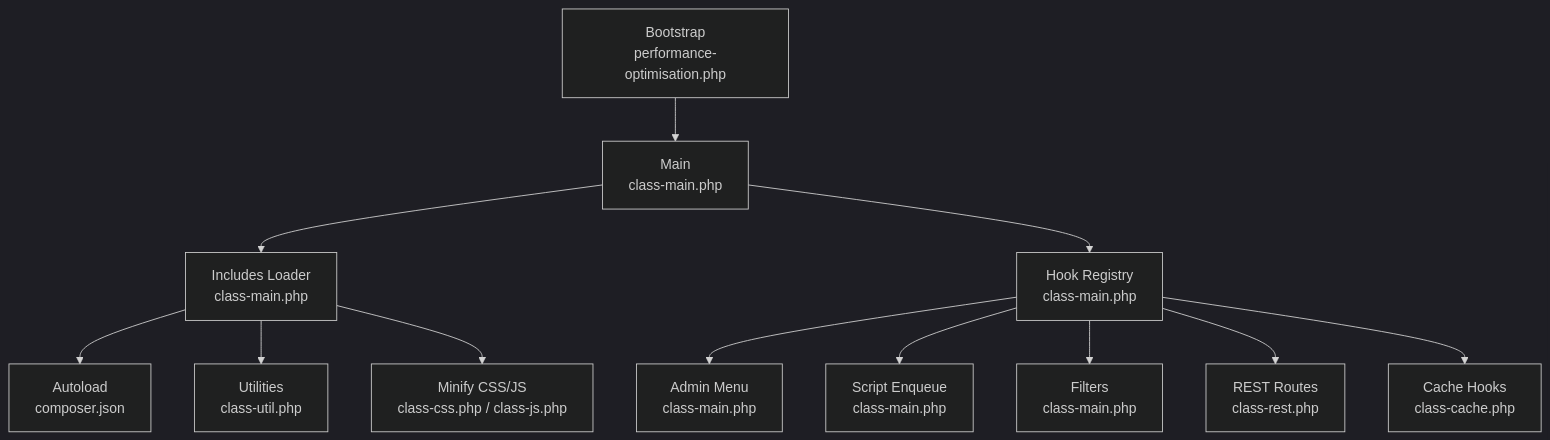
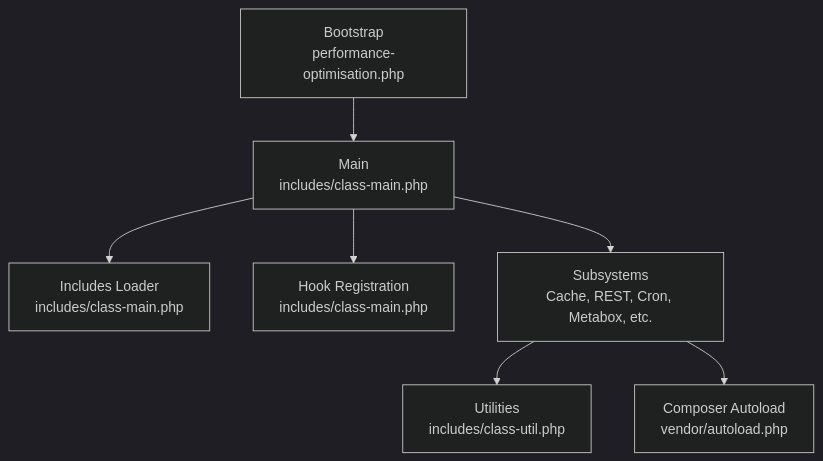
Before and after one commit to nilesh32236/performance-optimisation: the first of 5 diagrams in .qoder/repowiki/en/content/Core Architecture/Plugin Initialization.md, drawn with Mermaid (dark theme). The commit also changed other lines of this file and 46 other files, not shown here.

````diff
--- a/.qoder/repowiki/en/content/Core Architecture/Plugin Initialization.md
+++ b/.qoder/repowiki/en/content/Core Architecture/Plugin Initialization.md
@@ -38,14 +38,9 @@
 ```mermaid
 graph TB
-A["Bootstrap<br/>performance-optimisation.php"] --> B["Main<br/>class-main.php"]
-B --> C["Includes Loader<br/>class-main.php"]
-B --> D["Hook Registry<br/>class-main.php"]
-D --> E["Admin Menu<br/>class-main.php"]
-D --> F["Script Enqueue<br/>class-main.php"]
-D --> G["Filters<br/>class-main.php"]
-D --> H["REST Routes<br/>class-rest.php"]
-D --> I["Cache Hooks<br/>class-cache.php"]
-C --> J["Autoload<br/>composer.json"]
-C --> K["Utilities<br/>class-util.php"]
-C --> L["Minify CSS/JS<br/>class-css.php / class-js.php"]
+A["Bootstrap<br/>performance-optimisation.php"] --> B["Main<br/>includes/class-main.php"]
+B --> C["Includes Loader<br/>includes/class-main.php"]
+B --> D["Hook Registration<br/>includes/class-main.php"]
+B --> E["Subsystems<br/>Cache, REST, Cron, Metabox, etc."]
+E --> F["Utilities<br/>includes/class-util.php"]
+E --> G["Composer Autoload<br/>vendor/autoload.php"]
 ```
````
